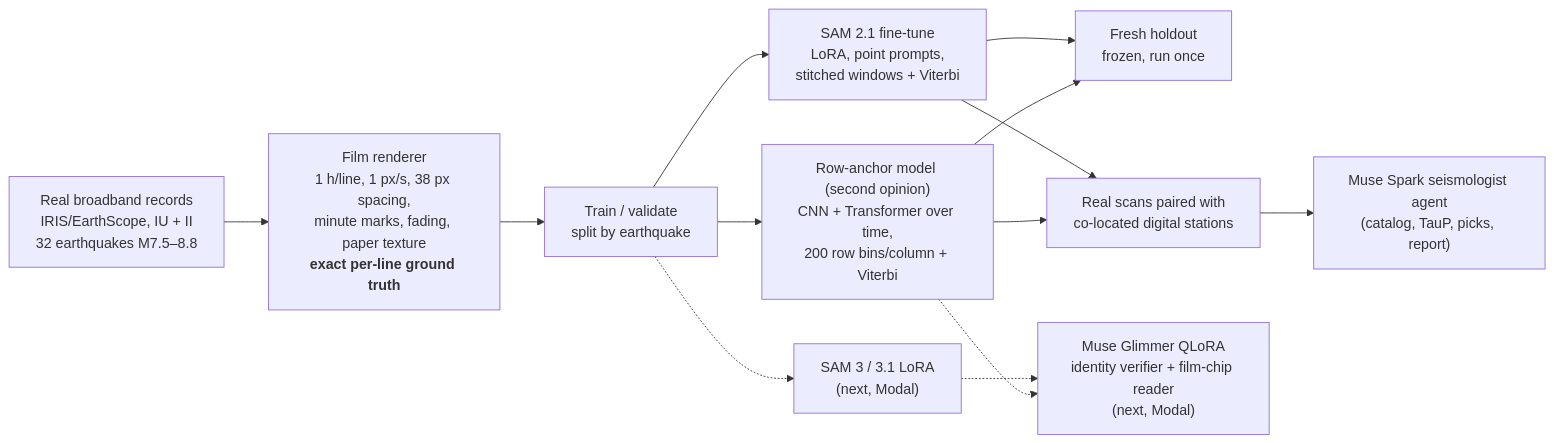
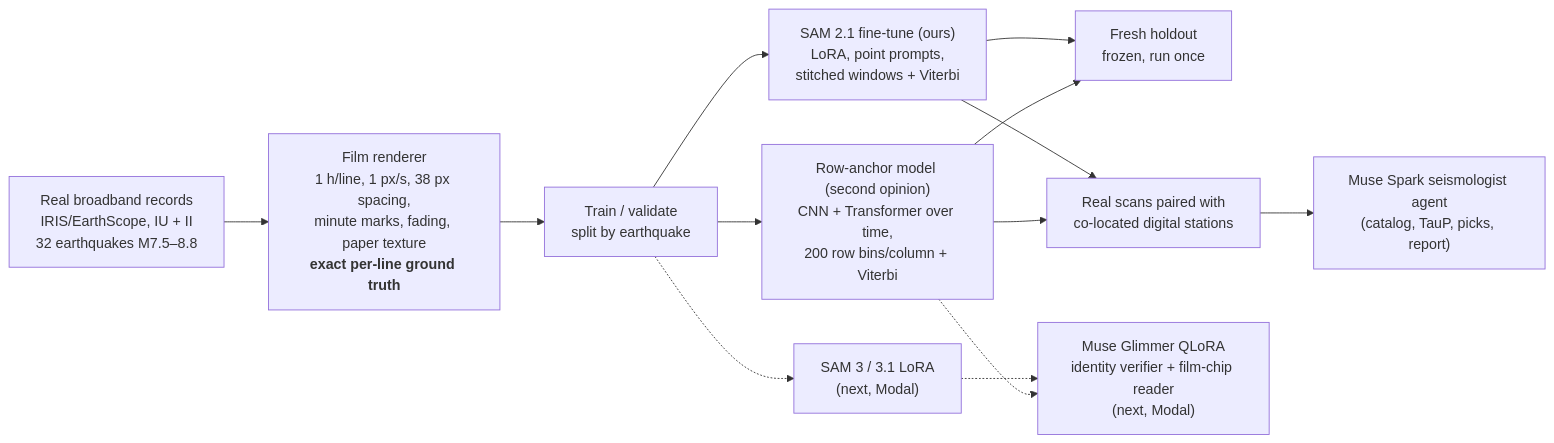
Before and after one commit to smpark00/seismorescue: the diagram in README.md, drawn with Mermaid. The commit also changed other lines of this file and 7 other files, not shown here.

First line of the commit message:
README, docs, charts: label SAM 2.1 as fine-tuned by us

````diff
--- a/README.md
+++ b/README.md
@@ -142,15 +142,15 @@
 ```mermaid
 flowchart LR
   W["Real broadband records<br/>IRIS/EarthScope, IU + II<br/>32 earthquakes M7.5–8.8"] --> R["Film renderer<br/>1 h/line, 1 px/s, 38 px spacing,<br/>minute marks, fading, paper texture<br/><b>exact per-line ground truth</b>"]
   R --> T["Train / validate<br/>split by earthquake"]
   T --> RA["Row-anchor model (second opinion)<br/>CNN + Transformer over time,<br/>200 row bins/column + Viterbi"]
-  T --> S["SAM 2.1 fine-tune<br/>LoRA, point prompts,<br/>stitched windows + Viterbi"]
+  T --> S["SAM 2.1 fine-tune (ours)<br/>LoRA, point prompts,<br/>stitched windows + Viterbi"]
   RA --> H["Fresh holdout<br/>frozen, run once"]
   S --> H
   RA --> P["Real scans paired with<br/>co-located digital stations"]
   S --> P
   T -.-> S3["SAM 3 / 3.1 LoRA<br/>(next, Modal)"]
   RA -.-> GL["Muse Glimmer QLoRA<br/>identity verifier + film-chip reader<br/>(next, Modal)"]
   S3 -.-> GL
   P --> SP["Muse Spark seismologist agent<br/>(catalog, TauP, picks, report)"]
 ```
````
